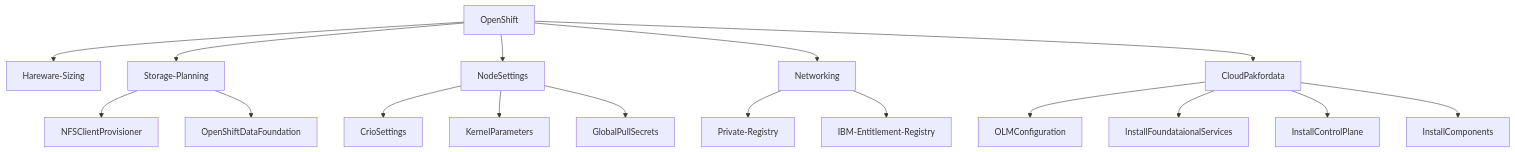
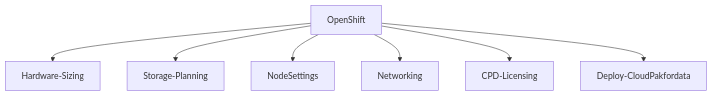
The first of 2 diagrams in cpd45-deployment.md (ekambaraml/IBM-Cloud-Pak-for-Data), drawn with Mermaid before and after one commit. The commit also changed other lines of this file, not shown here.

````diff
--- a/cpd45-deployment.md
+++ b/cpd45-deployment.md
@@ -64,19 +66,10 @@
 ```mermaid
 graph TD;
-    OpenShift --> Hareware-Sizing
+    OpenShift --> Hardware-Sizing
     OpenShift --> Storage-Planning
-    Storage-Planning --> NFSClientProvisioner
-    Storage-Planning --> OpenShiftDataFoundation
     OpenShift --> NodeSettings
-    NodeSettings --> CrioSettings
-    NodeSettings --> KernelParameters
     OpenShift --> Networking
-    Networking --> Private-Registry
-    Networking --> IBM-Entitlement-Registry
-    NodeSettings --> GlobalPullSecrets
-    OpenShift --> CloudPakfordata
-    CloudPakfordata -->OLMConfiguration
-    CloudPakfordata -->InstallFoundataionalServices
-    CloudPakfordata -->InstallControlPlane
-    CloudPakfordata -->InstallComponents
+    OpenShift --> CPD-Licensing
+    OpenShift --> Deploy-CloudPakfordata
+
 ```
````
